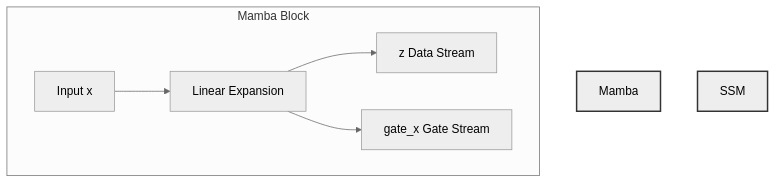
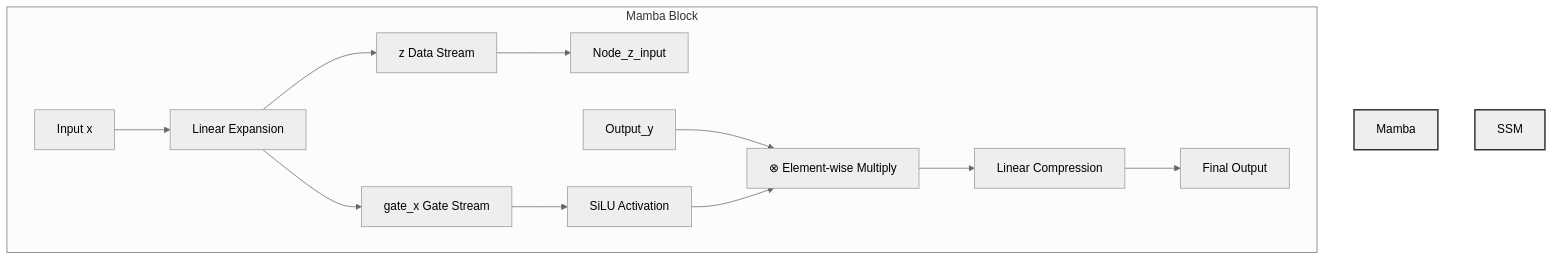
The diagram in all/未命名.md (PsyduckNpc/iodraw-files), drawn with Mermaid (neutral theme) before and after one commit.

Commit message:
2025-09-28 14:13:41 update

````diff
--- a/all/未命名.md
+++ b/all/未命名.md
@@ -1,17 +1,28 @@
 ```mermaid
 graph TD
     subgraph Mamba Block
         direction LR
         
         %% --- Step 1: Input Expansion & Gating ---
         Input_x[Input x] --> Linear_Expand[Linear Expansion]
         Linear_Expand --> Stream_z[z Data Stream]
         Linear_Expand --> Stream_gate[gate_x Gate Stream]
         
         
+        
+        %% --- Connecting the main stream to the subgraph ---
+        Stream_z --> Node_z_input;
+        
+        %% --- Step 3: Final Gating & Output ---
+        Stream_gate --> SiLU[SiLU Activation];
+        Output_y --> Multiply[⊗ Element-wise Multiply];
+        SiLU --> Multiply;
+        
+        Multiply --> Linear_Compress[Linear Compression];
+        Linear_Compress --> Final_Output[Final Output];
     end
 
     %% --- Styling ---
     style Mamba Block fill:#f9f,stroke:#333,stroke-width:2px
     style SSM Core Engine fill:#bdf,stroke:#333,stroke-width:2px
 ```
````
